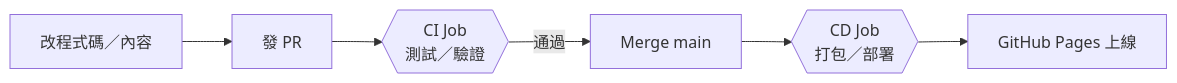
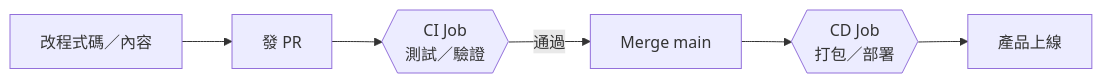
The diagram in README.md (Study2Strong/Launch-Your-Vibe-Coding-Product), drawn with Mermaid before and after one commit. The commit also changed other lines of this file and 1 other file, not shown here.

````diff
--- a/README.md
+++ b/README.md
@@ -13,8 +13,8 @@
 ```mermaid
 flowchart LR
     A[改程式碼／內容] --> B[發 PR]
     B --> C{{"CI Job\n測試／驗證"}}
     C -- 通過 --> D[Merge main]
     D --> E{{"CD Job\n打包／部署"}}
-    E --> F[GitHub Pages 上線]
+    E --> F[產品上線]
 ```
````
